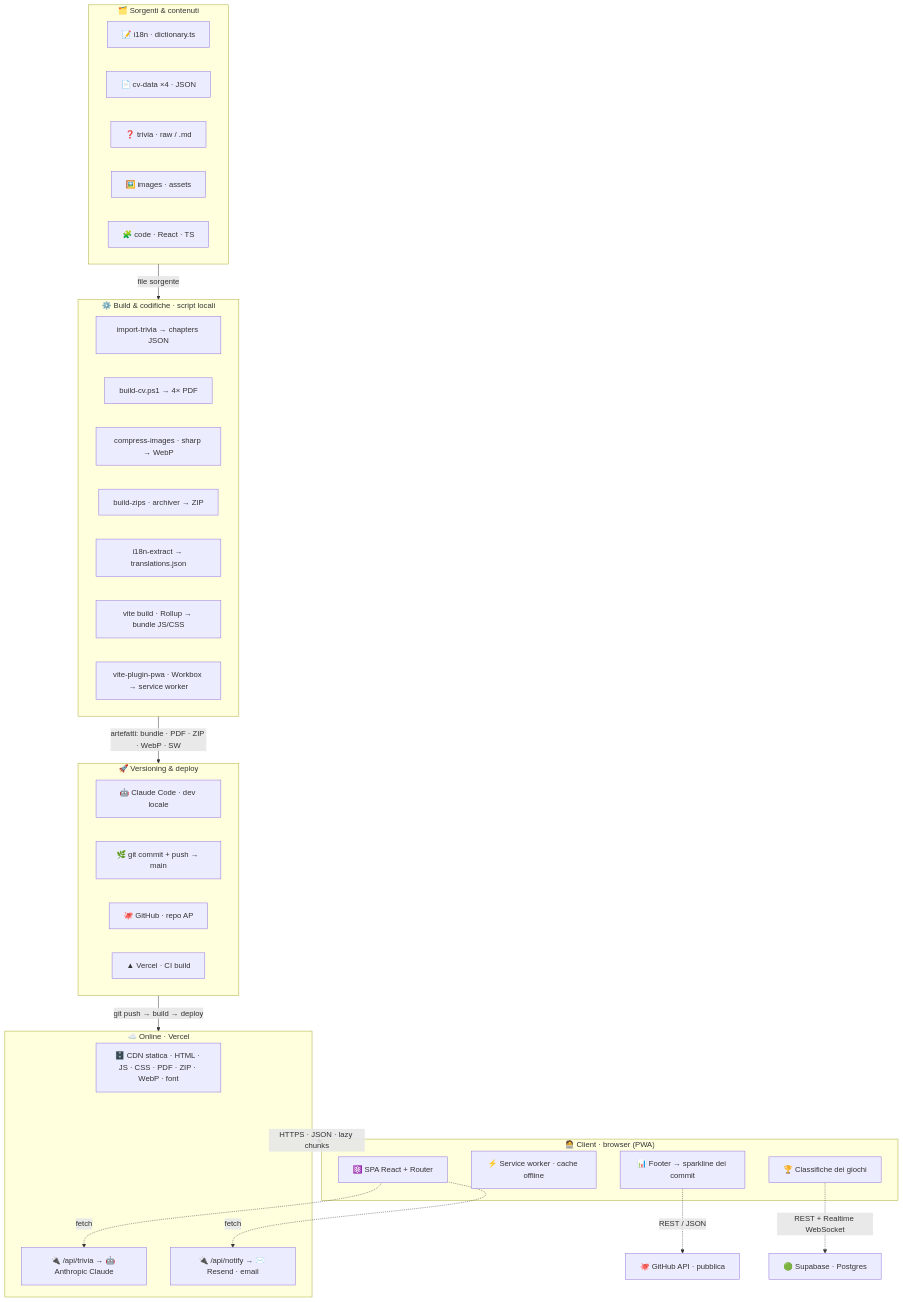
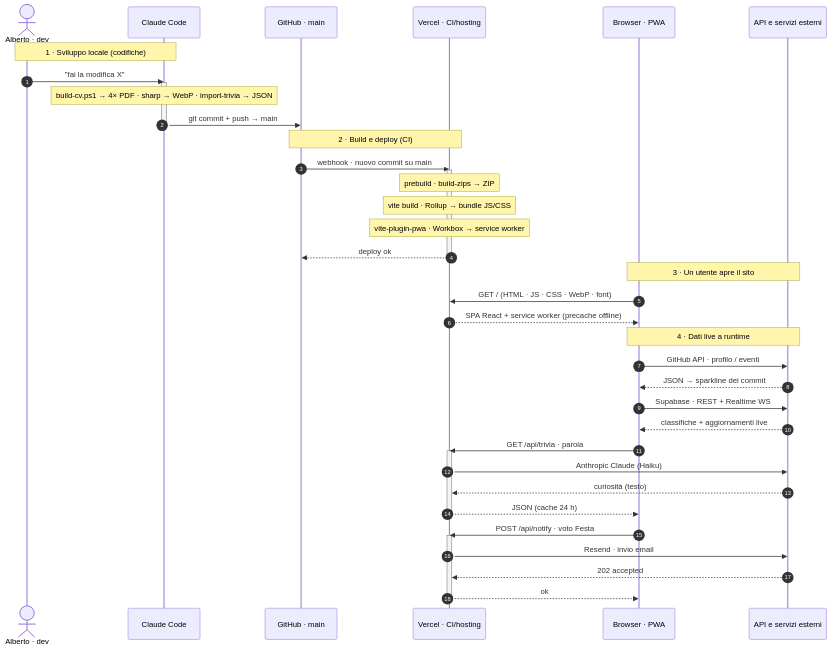
Before and after one commit to albertoxpecchini/AP: the diagram in README.md, drawn with Mermaid. The commit also changed 3 other files, not shown here.

First line of the commit message:
refactor(workflow): sequence diagram stile Vajra (README + modale in-app)

````diff
--- a/README.md
+++ b/README.md
@@ -118,53 +118,48 @@
 ```mermaid
-flowchart TB
-  subgraph S1["🗂️ Sorgenti & contenuti"]
-    A1["📝 i18n · dictionary.ts"]
-    A2["📄 cv-data ×4 · JSON"]
-    A3["❓ trivia · raw / .md"]
-    A4["🖼️ images · assets"]
-    A5["🧩 code · React · TS"]
-  end
+sequenceDiagram
+    autonumber
+    actor Dev as Alberto · dev
+    participant CC as Claude Code
+    participant GH as GitHub · main
+    participant VC as Vercel · CI/hosting
+    participant BR as Browser · PWA
+    participant EXT as API e servizi esterni
 
-  subgraph S2["⚙️ Build & codifiche · script locali"]
-    B1["import-trivia → chapters JSON"]
-    B2["build-cv.ps1 → 4× PDF"]
-    B3["compress-images · sharp → WebP"]
-    B4["build-zips · archiver → ZIP"]
-    B5["i18n-extract → translations.json"]
-    B6["vite build · Rollup → bundle JS/CSS"]
-    B7["vite-plugin-pwa · Workbox → service worker"]
-  end
+    Note over Dev,CC: 1 · Sviluppo locale (codifiche)
+    Dev->>CC: "fai la modifica X"
+    activate CC
+    Note over CC: build-cv.ps1 → 4× PDF · sharp → WebP · import-trivia → JSON
+    CC->>GH: git commit + push → main
+    deactivate CC
 
-  subgraph S3["🚀 Versioning & deploy"]
-    C1["🤖 Claude Code · dev locale"]
-    C2["🌿 git commit + push → main"]
-    C3["🐙 GitHub · repo AP"]
-    C4["▲ Vercel · CI build"]
-  end
+    Note over GH,VC: 2 · Build e deploy (CI)
+    GH->>VC: webhook · nuovo commit su main
+    activate VC
+    Note over VC: prebuild · build-zips → ZIP
+    Note over VC: vite build · Rollup → bundle JS/CSS
+    Note over VC: vite-plugin-pwa · Workbox → service worker
+    VC-->>GH: deploy ok
+    deactivate VC
 
-  subgraph S4["☁️ Online · Vercel"]
-    D1["🗄️ CDN statica · HTML · JS · CSS · PDF · ZIP · WebP · font"]
-    D2["🔌 /api/trivia → 🤖 Anthropic Claude"]
-    D3["🔌 /api/notify → ✉️ Resend · email"]
-  end
+    Note over BR,EXT: 3 · Un utente apre il sito
+    BR->>VC: GET / (HTML · JS · CSS · WebP · font)
+    VC-->>BR: SPA React + service worker (precache offline)
 
-  subgraph S5["🧑‍💻 Client · browser (PWA)"]
-    E1["⚛️ SPA React + Router"]
-    E2["⚡ Service worker · cache offline"]
-    E3["📊 Footer → sparkline dei commit"]
-    E4["🏆 Classifiche dei giochi"]
-  end
-
-  GH["🐙 GitHub API · pubblica"]
-  SB["🟢 Supabase · Postgres"]
-
-  S1 -- "file sorgente" --> S2
-  S2 -- "artefatti: bundle · PDF · ZIP · WebP · SW" --> S3
-  S3 -- "git push → build → deploy" --> S4
-  S4 -- "HTTPS · JSON · lazy chunks" --> S5
-
-  E3 -. "REST / JSON" .-> GH
-  E4 -. "REST + Realtime WebSocket" .-> SB
-  E1 -. "fetch" .-> D2
-  E1 -. "fetch" .-> D3
+    Note over BR,EXT: 4 · Dati live a runtime
+    BR->>EXT: GitHub API · profilo / eventi
+    EXT-->>BR: JSON → sparkline dei commit
+    BR->>EXT: Supabase · REST + Realtime WS
+    EXT-->>BR: classifiche + aggiornamenti live
+    BR->>VC: GET /api/trivia · parola
+    activate VC
+    VC->>EXT: Anthropic Claude (Haiku)
+    EXT-->>VC: curiosità (testo)
+    VC-->>BR: JSON (cache 24 h)
+    deactivate VC
+    BR->>VC: POST /api/notify · voto Festa
+    activate VC
+    VC->>EXT: Resend · invio email
+    EXT-->>VC: 202 accepted
+    VC-->>BR: ok
+    deactivate VC
 ```
````
